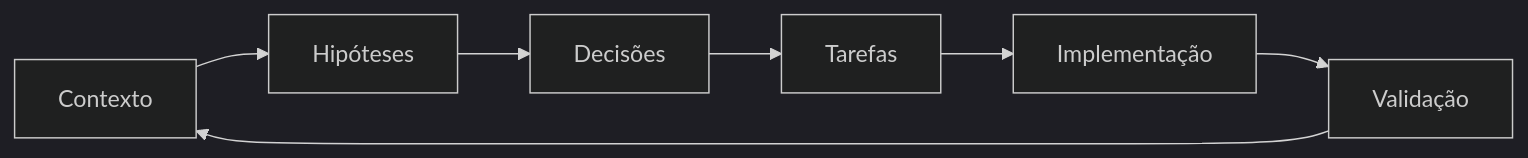
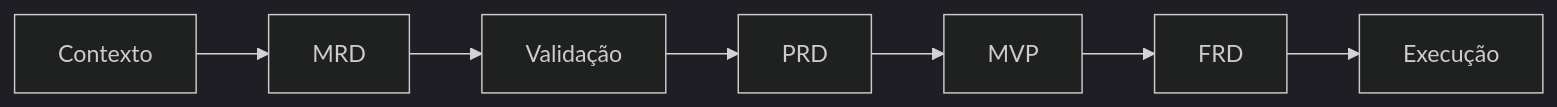
Before and after one commit to walkeralencar/senai-indtech: the diagram in docs/index.md, drawn with Mermaid (dark theme). The commit also changed other lines of this file, not shown here.

Commit message:
docs: promote consolidated MRD as canonical

````diff
--- a/docs/index.md
+++ b/docs/index.md
@@ -37,9 +39,9 @@
 ```mermaid
 flowchart LR
-    A[Contexto] --> B[Hipóteses]
-    B --> C[Decisões]
-    C --> D[Tarefas]
-    D --> E[Implementação]
-    E --> F[Validação]
-    F --> A
+    A[Contexto] --> B[MRD]
+    B --> C[Validação]
+    C --> D[PRD]
+    D --> E[MVP]
+    E --> F[FRD]
+    F --> G[Execução]
 ```
````
